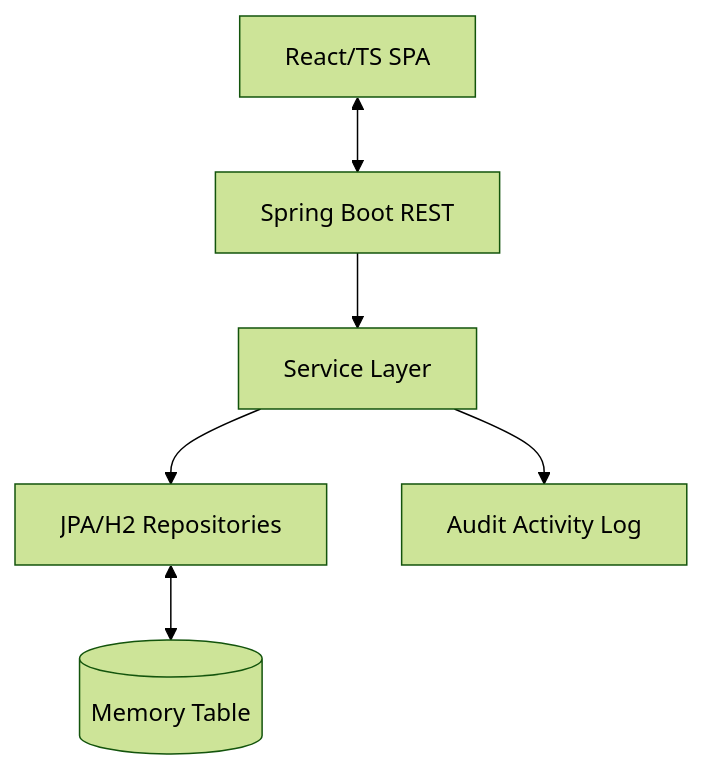
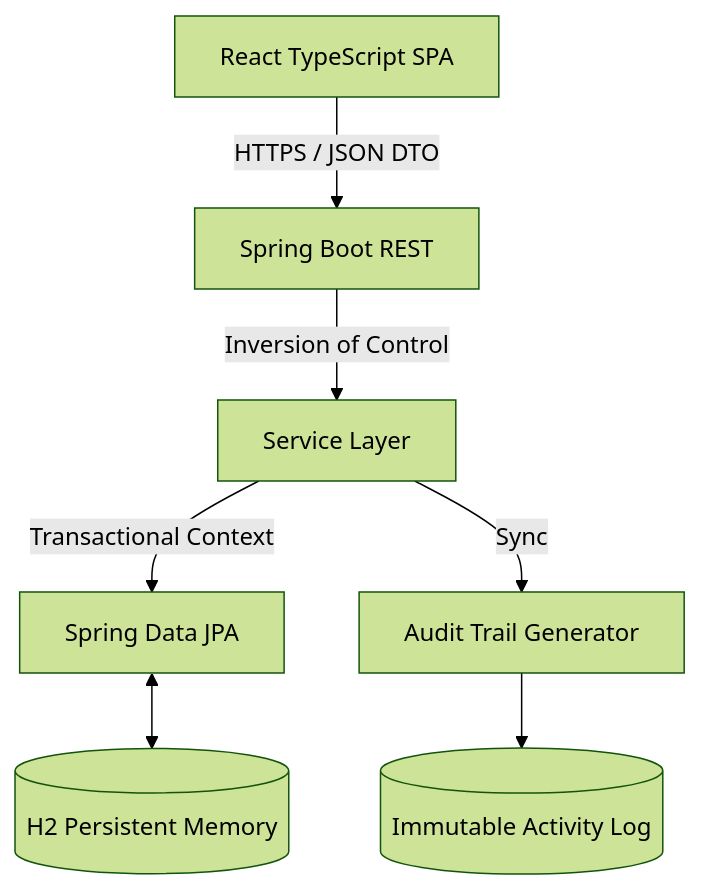
One commit to WilqueMessias/To-Do-GP changed the diagram in TECHNICAL_DOCUMENTATION.md. Above: the diagram before and after it, drawn with Mermaid (forest theme). The commit also changed other lines of this file and 1 other file, not shown here.

Commit message:
Detail architecture, and highlight core features including the differential audit engine and soft-delete.

````diff
--- a/TECHNICAL_DOCUMENTATION.md
+++ b/TECHNICAL_DOCUMENTATION.md
@@ -8,8 +10,9 @@
 ```mermaid
 graph TD
-    Client[React/TS SPA] <--> API[Spring Boot REST]
-    API --> Service[Service Layer]
-    Service --> Persistence[JPA/H2 Repositories]
-    Service --> Events[Audit Activity Log]
-    Persistence <--> DB[(Memory Table)]
+    UI[React TypeScript SPA] -- "HTTPS / JSON DTO" --> API[Spring Boot REST]
+    API -- "Inversion of Control" --> Service[Service Layer]
+    Service -- "Transactional Context" --> JPA[Spring Data JPA]
+    JPA <--> DB[(H2 Persistent Memory)]
+    Service -- "Sync" --> Audit[Audit Trail Generator]
+    Audit --> ActivityLog[(Immutable Activity Log)]
 ```
````
